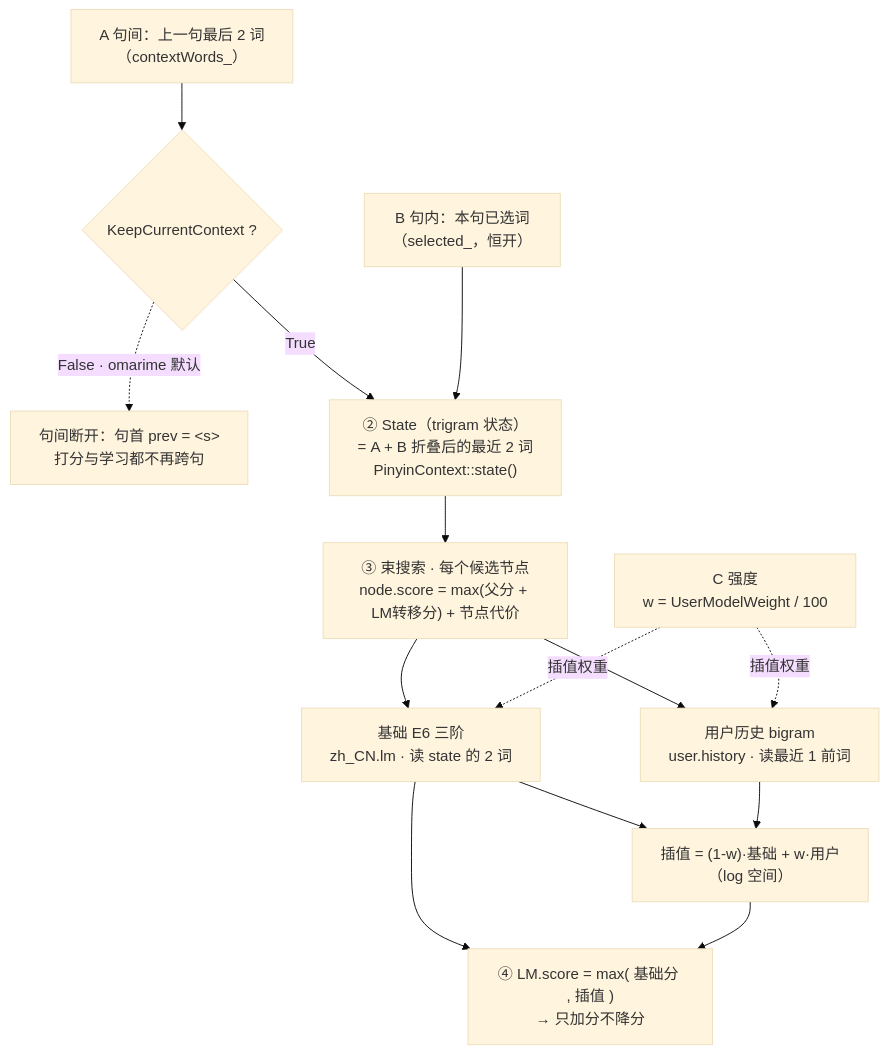
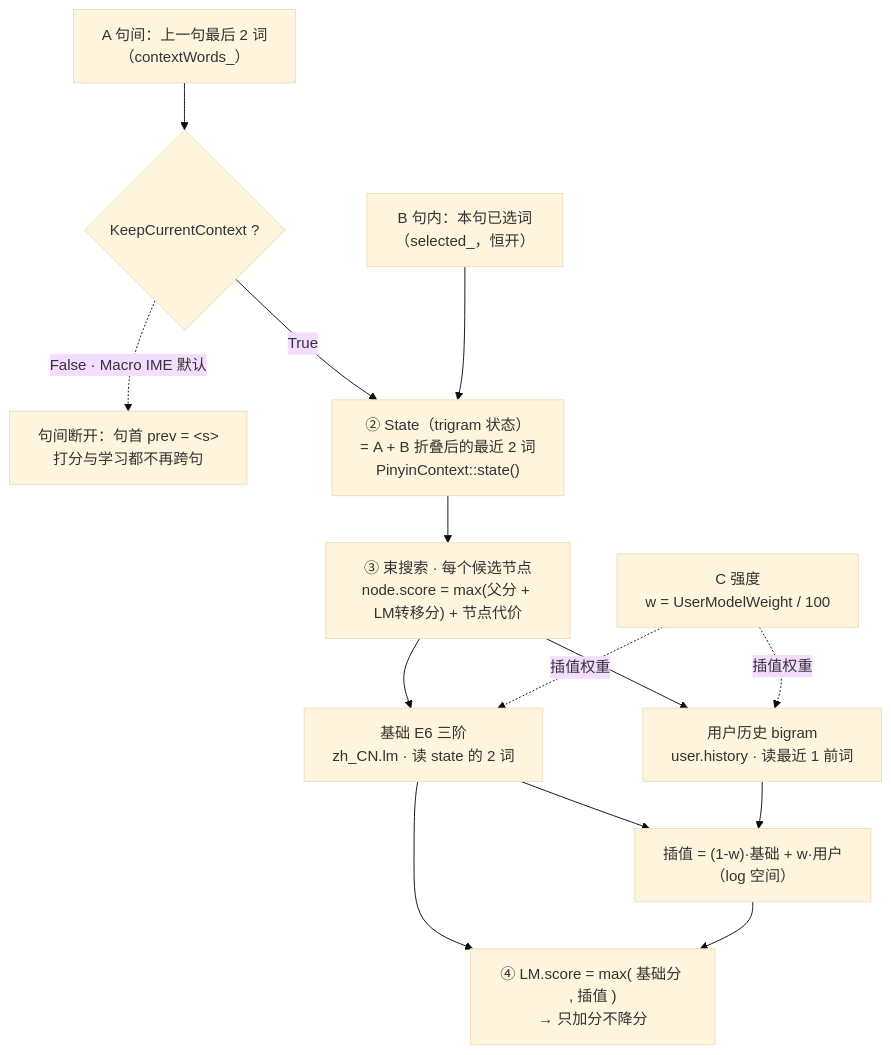
Before and after one commit to forbidden-game/macro-ime: the diagram in docs/context-mechanism.md, drawn with Mermaid (base theme). The commit also changed other lines of this file and 39 other files, not shown here.

First line of the commit message:
refactor: rename project and all components to Macro IME

````diff
--- a/docs/context-mechanism.md
+++ b/docs/context-mechanism.md
@@ -34,29 +34,29 @@
 ```mermaid
 flowchart TD
     A["A 句间：上一句最后 2 词<br/>（contextWords_）"]
     B["B 句内：本句已选词<br/>（selected_，恒开）"]
     GATE{"KeepCurrentContext ?"}
     OFF["句间断开：句首 prev = &lt;s&gt;<br/>打分与学习都不再跨句"]
 
     A --> GATE
     GATE -->|True| S
-    GATE -.->|False · omarime 默认| OFF
+    GATE -.->|False · Macro IME 默认| OFF
     B --> S
 
     S["② State（trigram 状态）<br/>= A + B 折叠后的最近 2 词<br/>PinyinContext::state()"]
 
     S --> NODE["③ 束搜索 · 每个候选节点<br/>node.score = max(父分 + LM转移分) + 节点代价"]
 
     NODE --> BASE["基础 E6 三阶<br/>zh_CN.lm · 读 state 的 2 词"]
     NODE --> USER["用户历史 bigram<br/>user.history · 读最近 1 前词"]
 
     W["C 强度<br/>w = UserModelWeight / 100"]
     W -.->|插值权重| BASE
     W -.->|插值权重| USER
 
     BASE --> MIX["插值 = (1-w)·基础 + w·用户<br/>（log 空间）"]
     USER --> MIX
 
     BASE --> FINAL["④ LM.score = max( 基础分 , 插值 )<br/>→ 只加分不降分"]
     MIX --> FINAL
 ```
````
